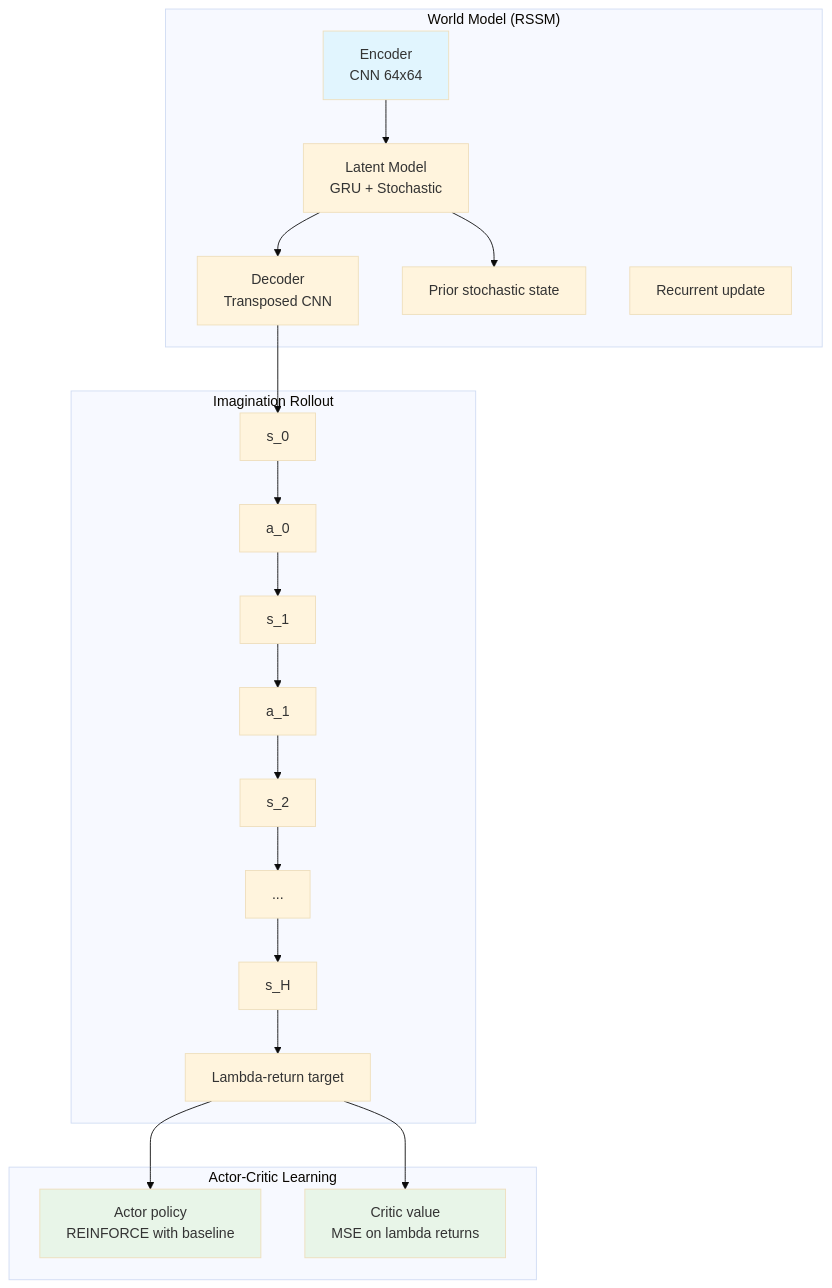
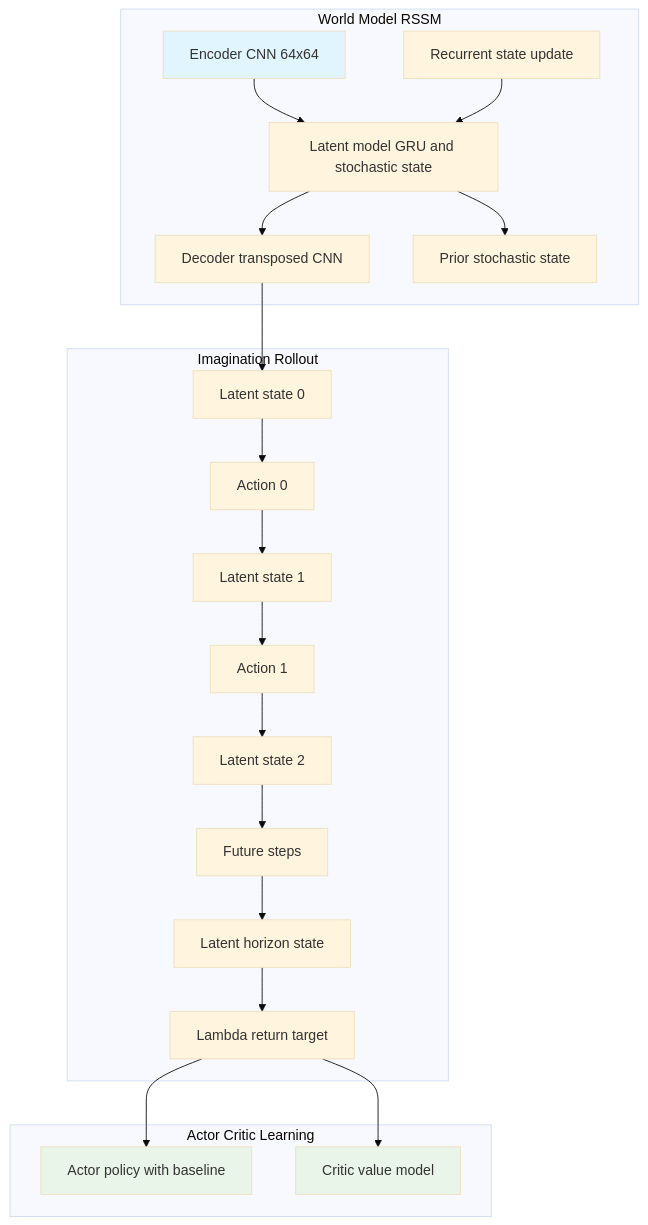
Before and after one commit to ParamThakkar123/torchwm: the diagram in docs/source/dreamer.md, drawn with Mermaid (base theme). The commit also changed 5 other files, not shown here.

Commit message:
Use Mermaid 10.4-safe diagram syntax

````diff
--- a/docs/source/dreamer.md
+++ b/docs/source/dreamer.md
@@ -21,32 +21,32 @@
 ```{mermaid}
 graph TD
-    subgraph "World Model (RSSM)"
-        A[Encoder<br/>CNN 64x64] --> B[Latent Model<br/>GRU + Stochastic]
-        B --> C[Decoder<br/>Transposed CNN]
-        B --> D[Prior stochastic state]
-        E[Recurrent update]
+    subgraph WM["World Model RSSM"]
+        A["Encoder CNN 64x64"] --> B["Latent model GRU and stochastic state"]
+        B --> C["Decoder transposed CNN"]
+        B --> D["Prior stochastic state"]
+        E["Recurrent state update"] --> B
     end
 
-    subgraph "Imagination Rollout"
-        F[s_0] --> G[a_0]
-        G --> H[s_1]
-        H --> I[a_1]
-        I --> J[s_2]
-        J --> K[...]
-        K --> L[s_H]
-        L --> M[Lambda-return target]
+    subgraph IR["Imagination Rollout"]
+        F["Latent state 0"] --> G["Action 0"]
+        G --> H["Latent state 1"]
+        H --> I["Action 1"]
+        I --> J["Latent state 2"]
+        J --> K["Future steps"]
+        K --> L["Latent horizon state"]
+        L --> M["Lambda return target"]
     end
 
-    subgraph "Actor-Critic Learning"
-        N[Actor policy<br/>REINFORCE with baseline]
-        O[Critic value<br/>MSE on lambda returns]
+    subgraph AC["Actor Critic Learning"]
+        N["Actor policy with baseline"]
+        O["Critic value model"]
     end
 
     C --> F
     M --> N
     M --> O
 
     style A fill:#e1f5fe
     style N fill:#e8f5e8
     style O fill:#e8f5e8
 ```
````
